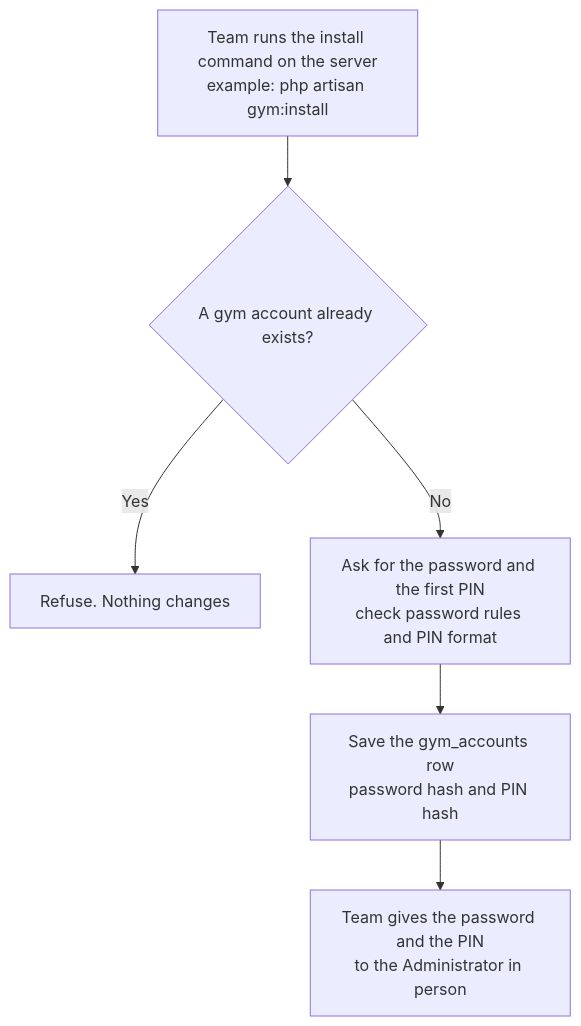
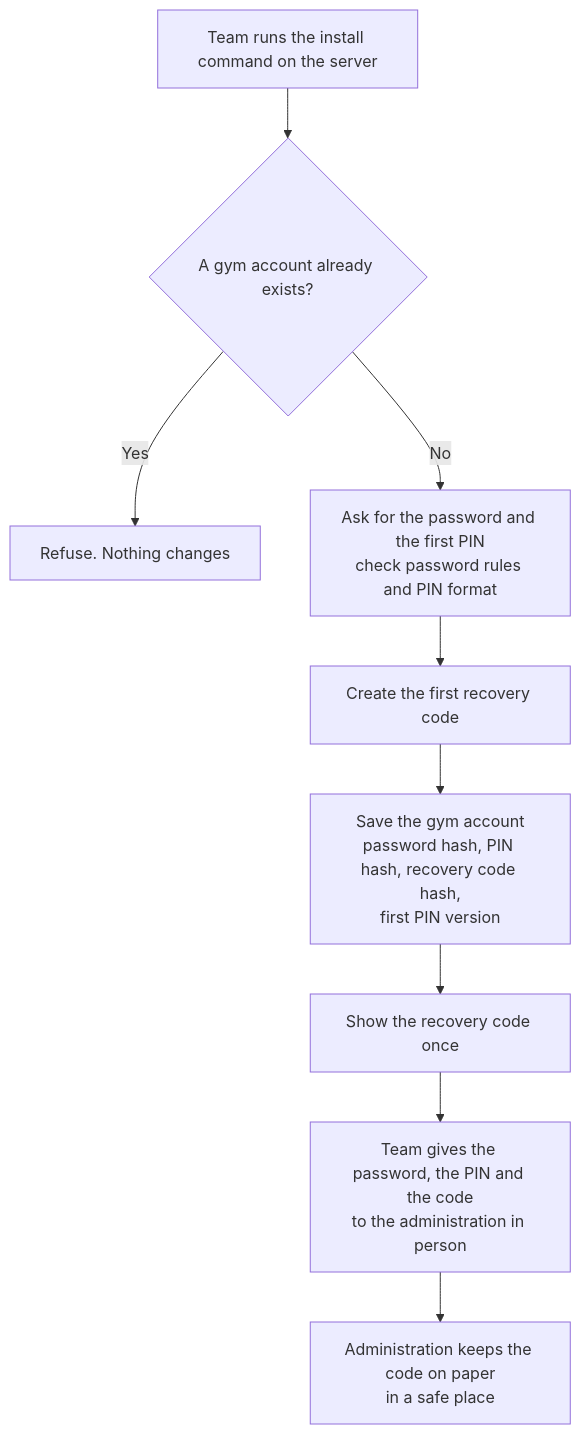
One commit to Th3-Minorities/natatorio-gym-app changed the third of 17 diagrams in docs/design/admin-flows.md. Above: the diagram before and after it, drawn with Mermaid. The commit also changed other lines of this file, not shown here.

Commit message:
Add the recovery code flow and the PIN version to the admin flows

````diff
--- a/docs/design/admin-flows.md
+++ b/docs/design/admin-flows.md
@@ -80,8 +95,11 @@
 ```mermaid
 flowchart TD
-  I1["Team runs the install command on the server<br/>example: php artisan gym:install"] --> I2{"A gym account already exists?"}
+  I1["Team runs the install command on the server"] --> I2{"A gym account already exists?"}
   I2 -->|"Yes"| I3["Refuse. Nothing changes"]
   I2 -->|"No"| I4["Ask for the password and the first PIN<br/>check password rules and PIN format"]
-  I4 --> I5["Save the gym_accounts row<br/>password hash and PIN hash"]
-  I5 --> I6["Team gives the password and the PIN<br/>to the Administrator in person"]
+  I4 --> I5["Create the first recovery code"]
+  I5 --> I6["Save the gym account<br/>password hash, PIN hash, recovery code hash,<br/>first PIN version"]
+  I6 --> I7["Show the recovery code once"]
+  I7 --> I8["Team gives the password, the PIN and the code<br/>to the administration in person"]
+  I8 --> I9["Administration keeps the code on paper<br/>in a safe place"]
 ```
````
